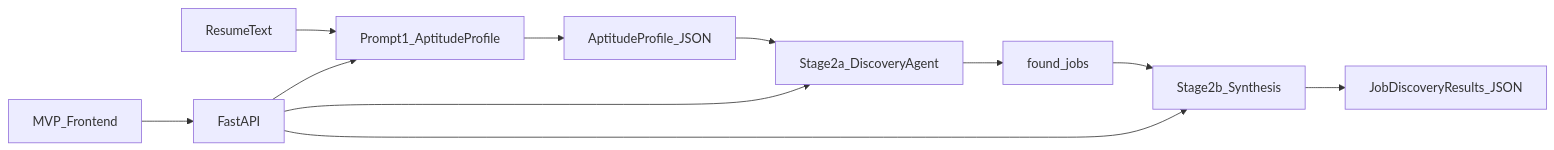
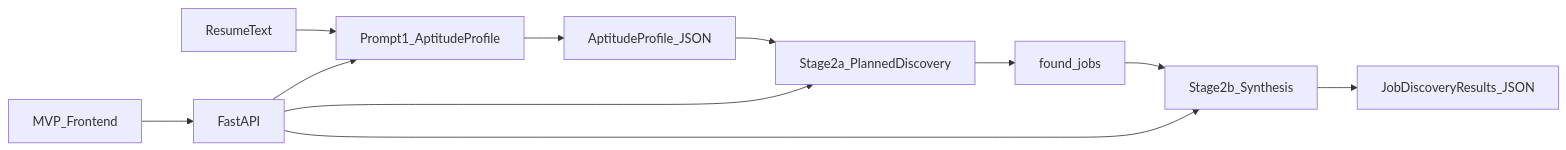
Before and after one commit to mattburnett-repo/aptitude-search: the diagram in .cursor/plans/aptitude-search-build.plan.md, drawn with Mermaid. The commit also changed other lines of this file and 7 other files, not shown here.

First line of the commit message:
Document planned discovery as default and clarify discovery_mode.

````diff
--- a/.cursor/plans/aptitude-search-build.plan.md
+++ b/.cursor/plans/aptitude-search-build.plan.md
@@ -52,13 +52,13 @@
 ```mermaid
 flowchart LR
   R[ResumeText] --> P1[Prompt1_AptitudeProfile]
   P1 --> AP[AptitudeProfile_JSON]
-  AP --> A2[Stage2a_DiscoveryAgent]
-  A2 --> FJ[found_jobs]
+  AP --> D2[Stage2a_PlannedDiscovery]
+  D2 --> FJ[found_jobs]
   FJ --> S2[Stage2b_Synthesis]
   S2 --> JD[JobDiscoveryResults_JSON]
   FE[MVP_Frontend] --> API[FastAPI]
   API --> P1
-  API --> A2
+  API --> D2
   API --> S2
 ```
````
